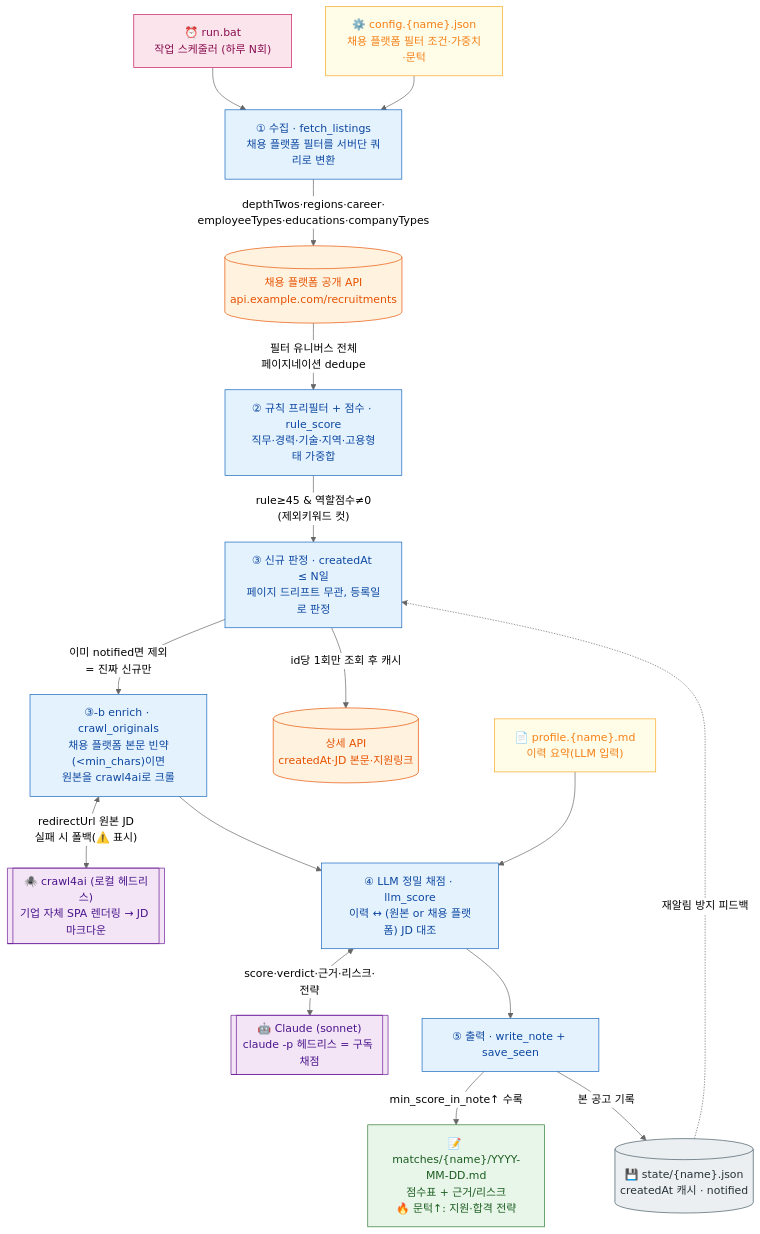
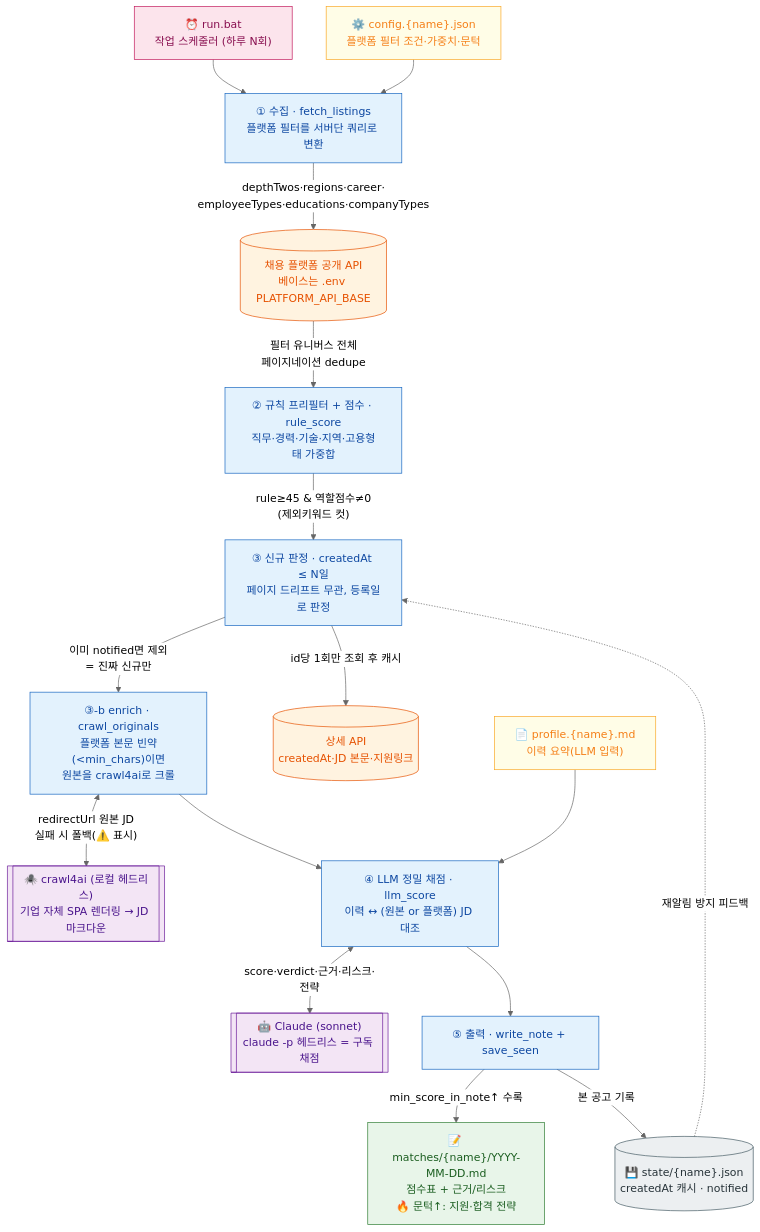
The diagram in ARCHITECTURE.md (chg9252/job-hunting-radar), drawn with Mermaid (neutral theme) before and after one commit. The commit also changed other lines of this file and 7 other files, not shown here.

````diff
--- a/ARCHITECTURE.md
+++ b/ARCHITECTURE.md
@@ -5,48 +5,48 @@
 ```mermaid
 flowchart TD
-    CFG["⚙️ config.{name}.json<br/>채용 플랫폼 필터 조건·가중치·문턱"]:::cfg
+    CFG["⚙️ config.{name}.json<br/>플랫폼 필터 조건·가중치·문턱"]:::cfg
     PROF["📄 profile.{name}.md<br/>이력 요약(LLM 입력)"]:::cfg
     RUN["⏰ run.bat<br/>작업 스케줄러 (하루 N회)"]:::sched
 
     RUN --> S1
     CFG --> S1
 
-    S1["① 수집 · fetch_listings<br/>채용 플랫폼 필터를 서버단 쿼리로 변환"]:::step
-    APIL[("채용 플랫폼 공개 API<br/>api.example.com/recruitments")]:::api
+    S1["① 수집 · fetch_listings<br/>플랫폼 필터를 서버단 쿼리로 변환"]:::step
+    APIL[("채용 플랫폼 공개 API<br/>베이스는 .env PLATFORM_API_BASE")]:::api
     S1 -->|"depthTwos·regions·career·<br/>employeeTypes·educations·companyTypes"| APIL
     APIL -->|"필터 유니버스 전체<br/>페이지네이션 dedupe"| S2
 
     S2["② 규칙 프리필터 + 점수 · rule_score<br/>직무·경력·기술·지역·고용형태 가중합"]:::step
     S2 -->|"rule≥45 & 역할점수≠0<br/>(제외키워드 컷)"| S3
 
     S3["③ 신규 판정 · createdAt ≤ N일<br/>페이지 드리프트 무관, 등록일로 판정"]:::step
     APID[("상세 API<br/>createdAt·JD 본문·지원링크")]:::api
     S3 -->|"id당 1회만 조회 후 캐시"| APID
     S3 -->|"이미 notified면 제외<br/>= 진짜 신규만"| SE
 
-    SE["③-b enrich · crawl_originals<br/>채용 플랫폼 본문 빈약(&lt;min_chars)이면<br/>원본을 crawl4ai로 크롤"]:::step
+    SE["③-b enrich · crawl_originals<br/>플랫폼 본문 빈약(&lt;min_chars)이면<br/>원본을 crawl4ai로 크롤"]:::step
     CR[["🕷️ crawl4ai (로컬 헤드리스)<br/>기업 자체 SPA 렌더링 → JD 마크다운"]]:::llm
     SE <-->|"redirectUrl 원본 JD<br/>실패 시 폴백(⚠️ 표시)"| CR
     SE --> S4
 
-    S4["④ LLM 정밀 채점 · llm_score<br/>이력 ↔ (원본 or 채용 플랫폼) JD 대조"]:::step
+    S4["④ LLM 정밀 채점 · llm_score<br/>이력 ↔ (원본 or 플랫폼) JD 대조"]:::step
     PROF --> S4
     LLM[["🤖 Claude (sonnet)<br/>claude -p 헤드리스 = 구독 채점"]]:::llm
     S4 <-->|"score·verdict·근거·리스크·전략"| LLM
     S4 --> S5
 
     S5["⑤ 출력 · write_note + save_seen"]:::step
     NOTE["📝 matches/{name}/YYYY-MM-DD.md<br/>점수표 + 근거/리스크<br/>🔥 문턱↑: 지원·합격 전략"]:::out
     STATE[("💾 state/{name}.json<br/>createdAt 캐시 · notified")]:::store
     S5 -->|"min_score_in_note↑ 수록"| NOTE
     S5 -->|"본 공고 기록"| STATE
     STATE -.->|"재알림 방지 피드백"| S3
 
     classDef step fill:#e3f2fd,stroke:#1565c0,color:#0d47a1;
     classDef api fill:#fff3e0,stroke:#e65100,color:#e65100;
     classDef llm fill:#f3e5f5,stroke:#6a1b9a,color:#4a148c;
     classDef out fill:#e8f5e9,stroke:#2e7d32,color:#1b5e20;
     classDef store fill:#eceff1,stroke:#455a64,color:#263238;
     classDef cfg fill:#fffde7,stroke:#f9a825,color:#f57f17;
     classDef sched fill:#fce4ec,stroke:#c2185b,color:#880e4f;
 ```
````
